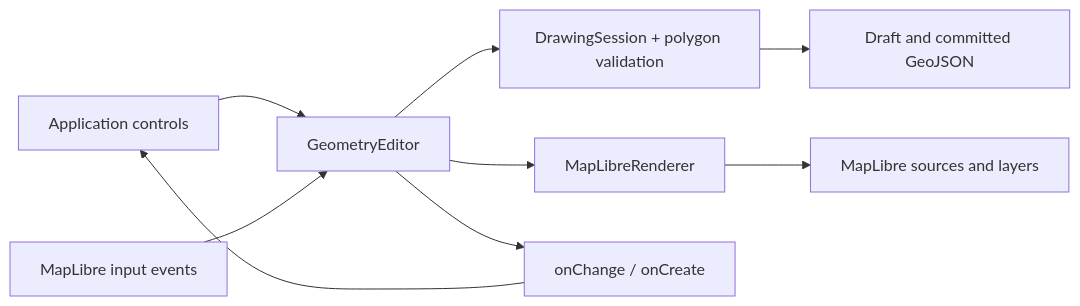
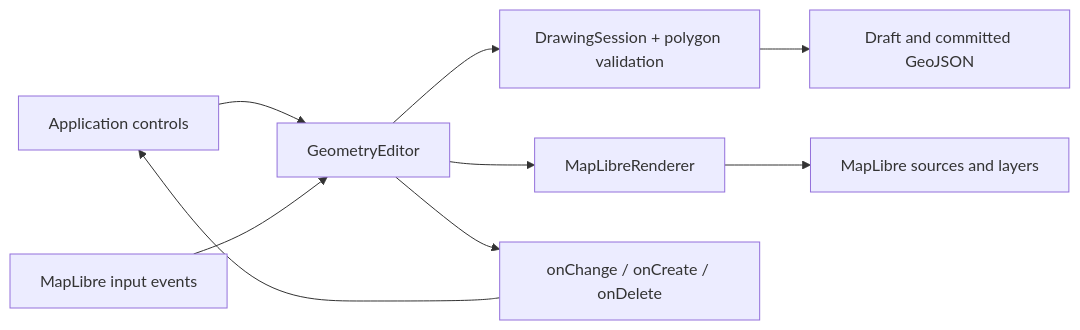
One commit to jorisvdmije/map-master changed the diagram in docs/code-walkthrough.md. Above: the diagram before and after it, drawn with Mermaid. The commit also changed other lines of this file and 18 other files, not shown here.

Commit message:
feat: delete selected geometry and emit deletion events

````diff
--- a/docs/code-walkthrough.md
+++ b/docs/code-walkthrough.md
@@ -48,11 +48,11 @@
 ```mermaid
 flowchart LR
   UI[Application controls] --> Editor[GeometryEditor]
   Input[MapLibre input events] --> Editor
   Editor --> Core[DrawingSession + polygon validation]
   Core --> Data[Draft and committed GeoJSON]
   Editor --> Renderer[MapLibreRenderer]
   Renderer --> Map[MapLibre sources and layers]
-  Editor --> Events[onChange / onCreate]
+  Editor --> Events[onChange / onCreate / onDelete]
   Events --> UI
 ```
````
